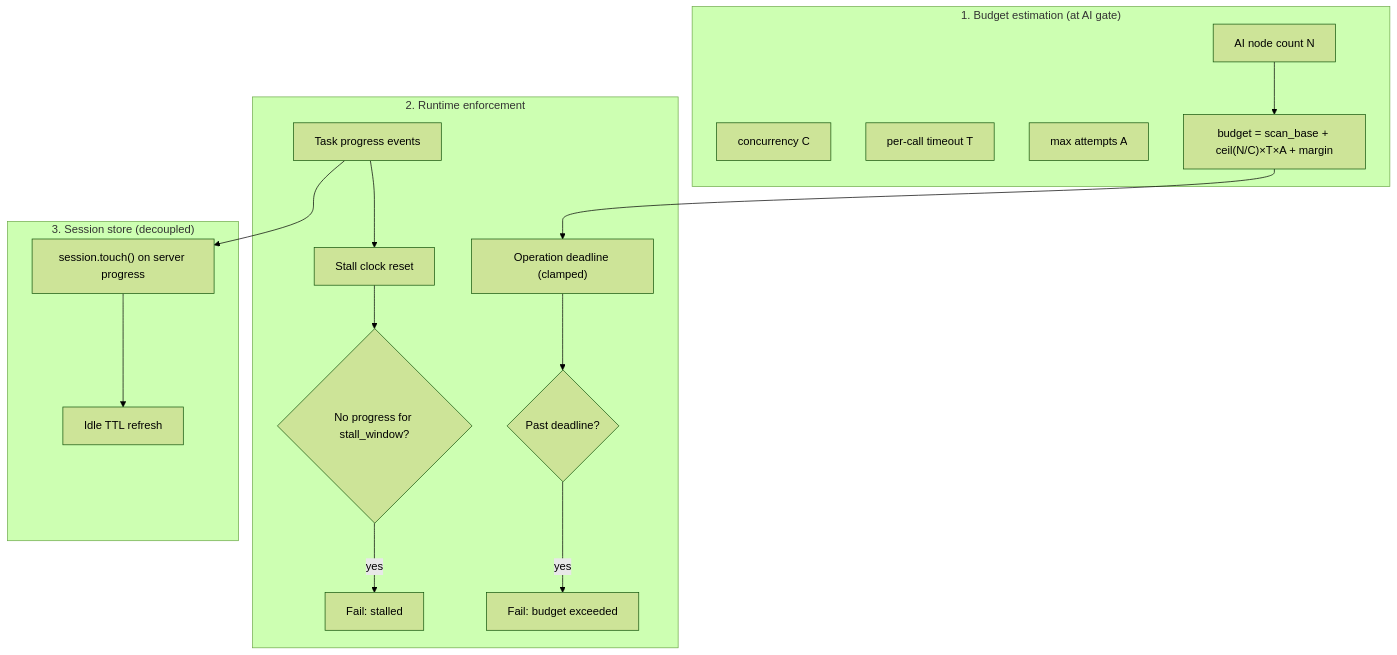
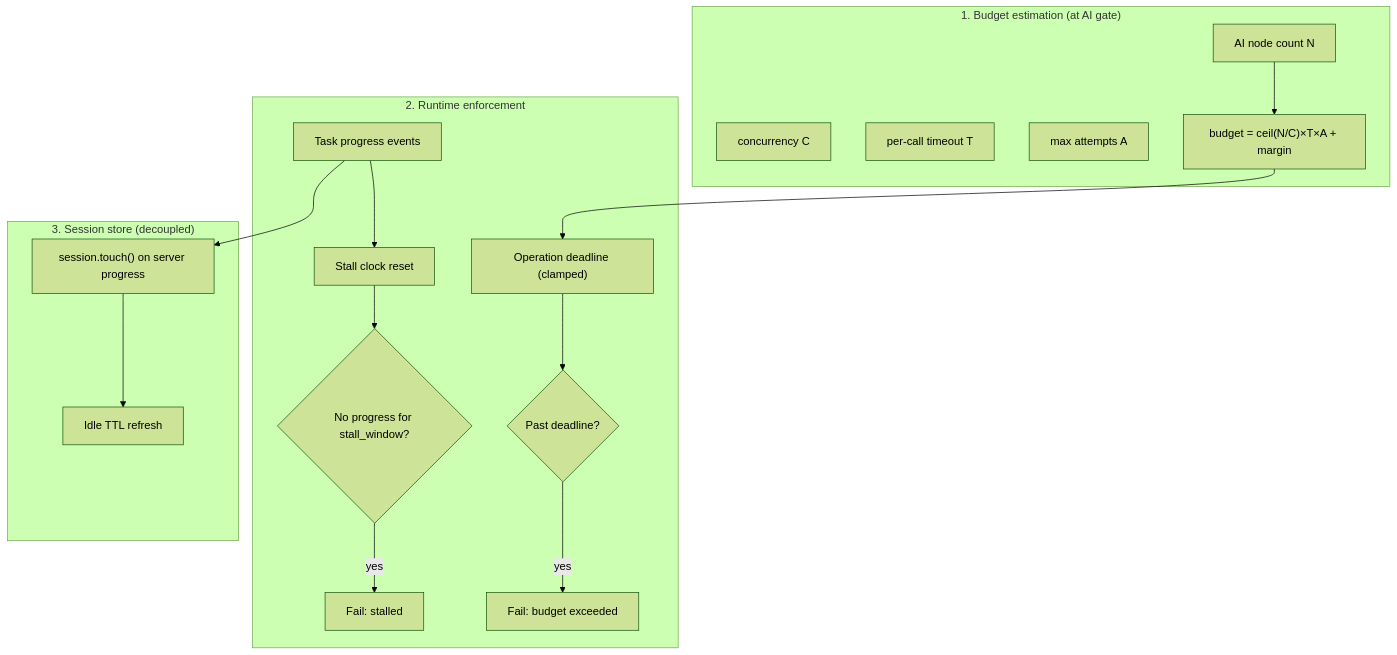
The diagram in .sdlc/adrs/ADR-068-adaptive-operation-deadlines.md (ansible/apme), drawn with Mermaid (forest theme) before and after one commit. The commit also changed other lines of this file, not shown here.

````diff
--- a/.sdlc/adrs/ADR-068-adaptive-operation-deadlines.md
+++ b/.sdlc/adrs/ADR-068-adaptive-operation-deadlines.md
@@ -88,24 +88,24 @@
 ```mermaid
 flowchart TB
     subgraph estimate ["1. Budget estimation (at AI gate)"]
         N["AI node count N"]
         C["concurrency C"]
         T["per-call timeout T"]
         A["max attempts A"]
-        N --> F["budget = scan_base + ceil(N/C)×T×A + margin"]
+        N --> F["budget = ceil(N/C)×T×A + margin"]
     end
 
     subgraph runtime ["2. Runtime enforcement"]
         F --> D["Operation deadline (clamped)"]
         P["Task progress events"] --> S["Stall clock reset"]
         S --> ST{"No progress for stall_window?"}
         ST -->|yes| FAIL["Fail: stalled"]
         D --> DL{"Past deadline?"}
         DL -->|yes| FAIL2["Fail: budget exceeded"]
     end
 
     subgraph session ["3. Session store (decoupled)"]
         P --> TOUCH["session.touch() on server progress"]
         TOUCH --> TTL["Idle TTL refresh"]
     end
 ```
````
